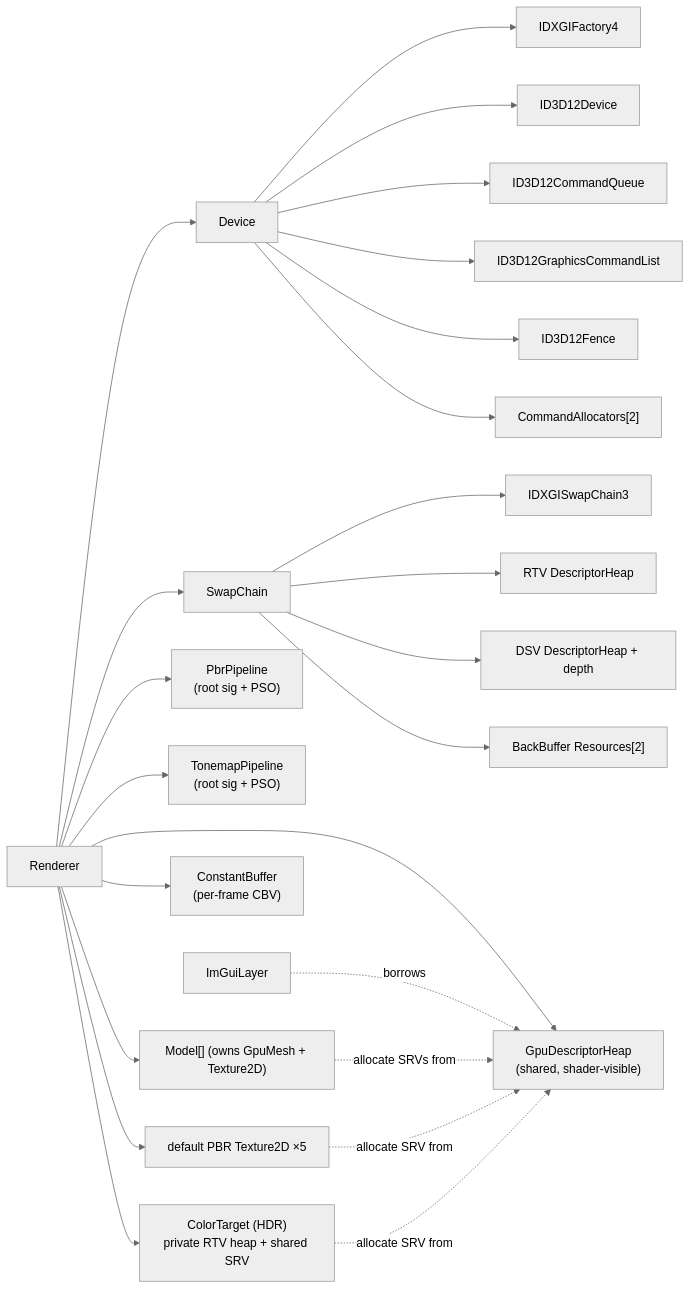
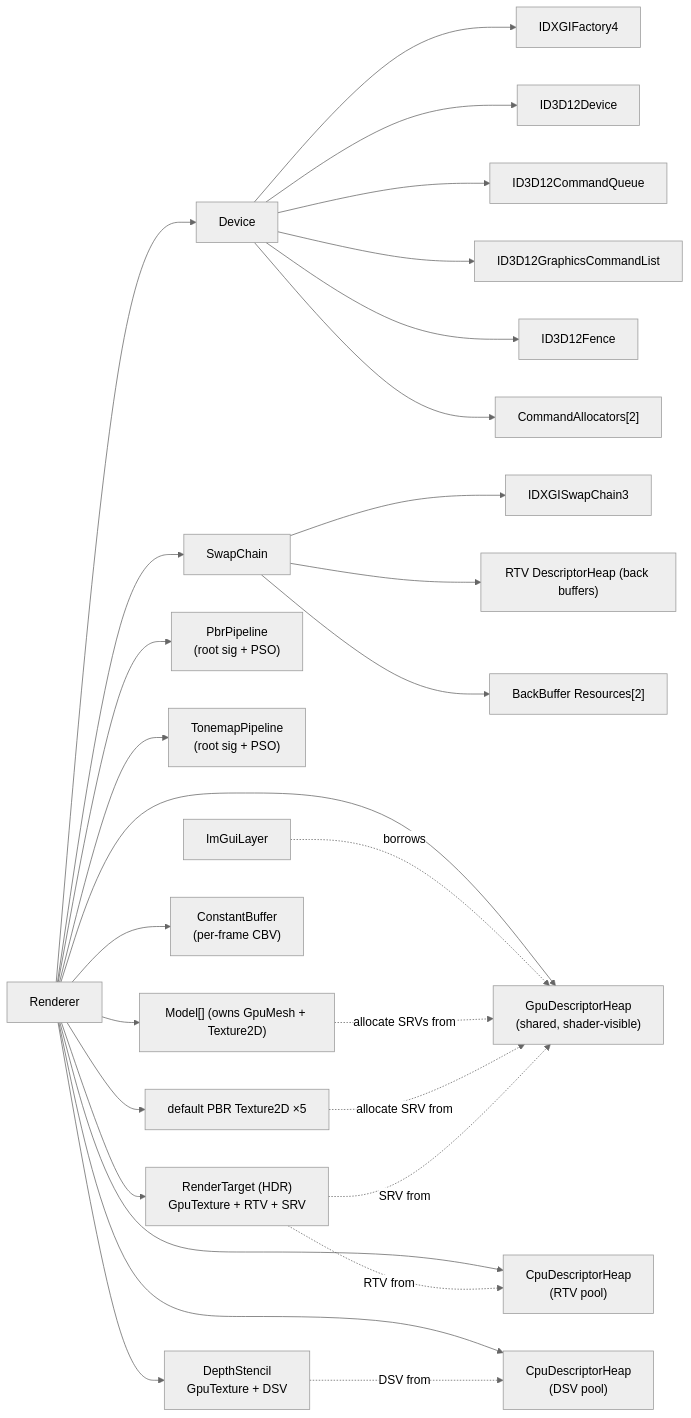
One commit to RomanovV/SummerEngine changed the fourth of 6 diagrams in docs/ARCHITECTURE.md. Above: the diagram before and after it, drawn with Mermaid (neutral theme). The commit also changed other lines of this file and 19 other files, not shown here.

Commit message:
Refactoring RT, DSV, SwapChain and Descriptors

````diff
--- a/docs/ARCHITECTURE.md
+++ b/docs/ARCHITECTURE.md
@@ -294,32 +306,36 @@
 ```mermaid
 graph LR
     Device["Device"]
     Device --> Factory["IDXGIFactory4"]
     Device --> D3D["ID3D12Device"]
     Device --> Queue["ID3D12CommandQueue"]
     Device --> CmdList["ID3D12GraphicsCommandList"]
     Device --> Fence["ID3D12Fence"]
     Device --> Allocators["CommandAllocators[2]"]
 
     SwapChain["SwapChain"]
     SwapChain --> DXGI["IDXGISwapChain3"]
-    SwapChain --> RTVHeap["RTV DescriptorHeap"]
-    SwapChain --> DSVHeap["DSV DescriptorHeap + depth"]
+    SwapChain --> SCRTVHeap["RTV DescriptorHeap (back buffers)"]
     SwapChain --> BackBuffers["BackBuffer Resources[2]"]
 
     Renderer["Renderer"]
     Renderer --> Device
     Renderer --> SwapChain
     Renderer --> SrvHeap["GpuDescriptorHeap<br/>(shared, shader-visible)"]
+    Renderer --> RtvHeap["CpuDescriptorHeap<br/>(RTV pool)"]
+    Renderer --> DsvHeap["CpuDescriptorHeap<br/>(DSV pool)"]
     Renderer --> Pbr["PbrPipeline<br/>(root sig + PSO)"]
     Renderer --> Tonemap["TonemapPipeline<br/>(root sig + PSO)"]
-    Renderer --> HDR["ColorTarget (HDR)<br/>private RTV heap + shared SRV"]
+    Renderer --> HDR["RenderTarget (HDR)<br/>GpuTexture + RTV + SRV"]
+    Renderer --> Depth["DepthStencil<br/>GpuTexture + DSV"]
     Renderer --> FrameCB["ConstantBuffer<br/>(per-frame CBV)"]
     Renderer --> Models["Model[] (owns GpuMesh + Texture2D)"]
     Renderer --> DefaultTex["default PBR Texture2D ×5"]
 
     ImGuiLayer["ImGuiLayer"] -.borrows.-> SrvHeap
     Models -.allocate SRVs from.-> SrvHeap
     DefaultTex -.allocate SRV from.-> SrvHeap
-    HDR -.allocate SRV from.-> SrvHeap
+    HDR -.SRV from.-> SrvHeap
+    HDR -.RTV from.-> RtvHeap
+    Depth -.DSV from.-> DsvHeap
 ```
````
